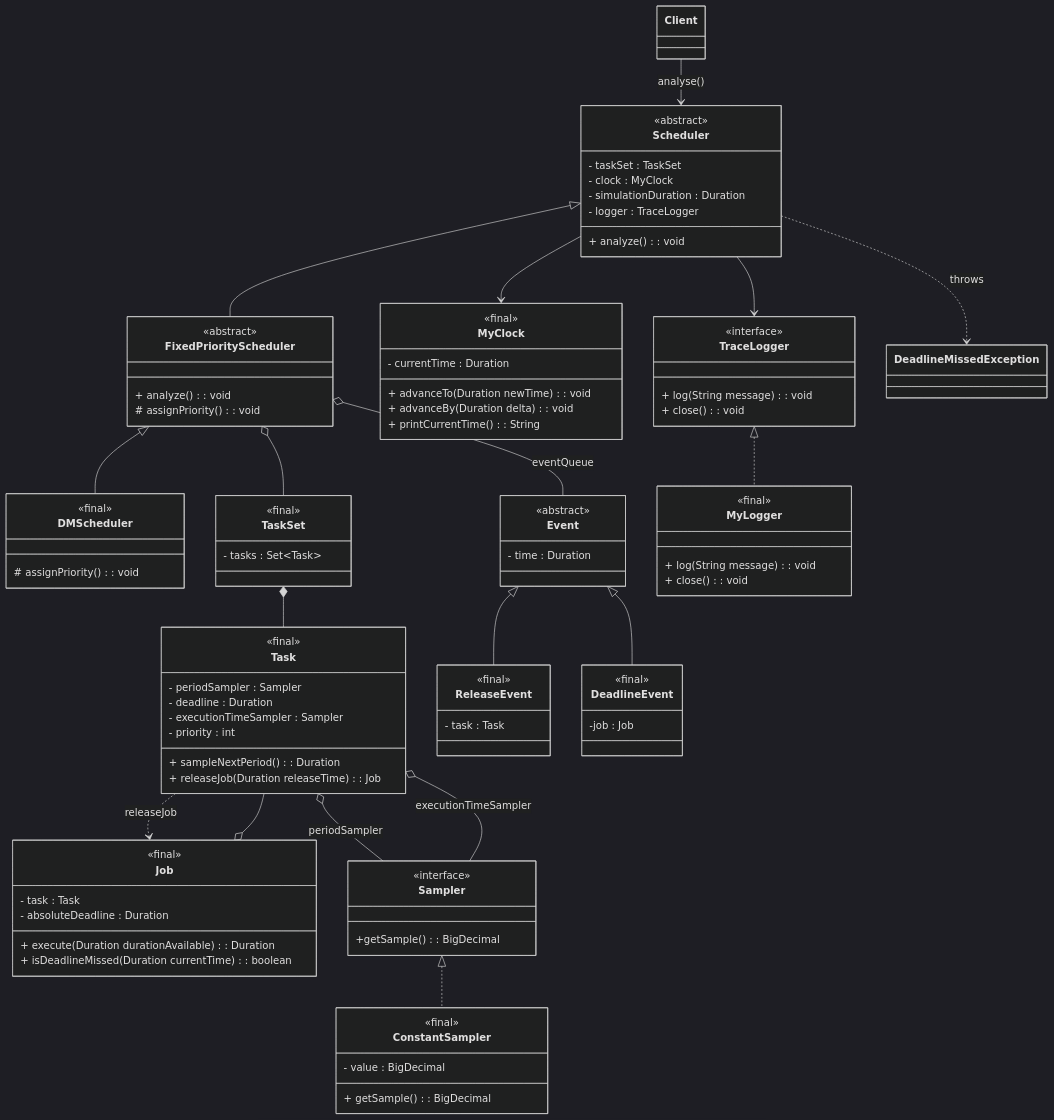
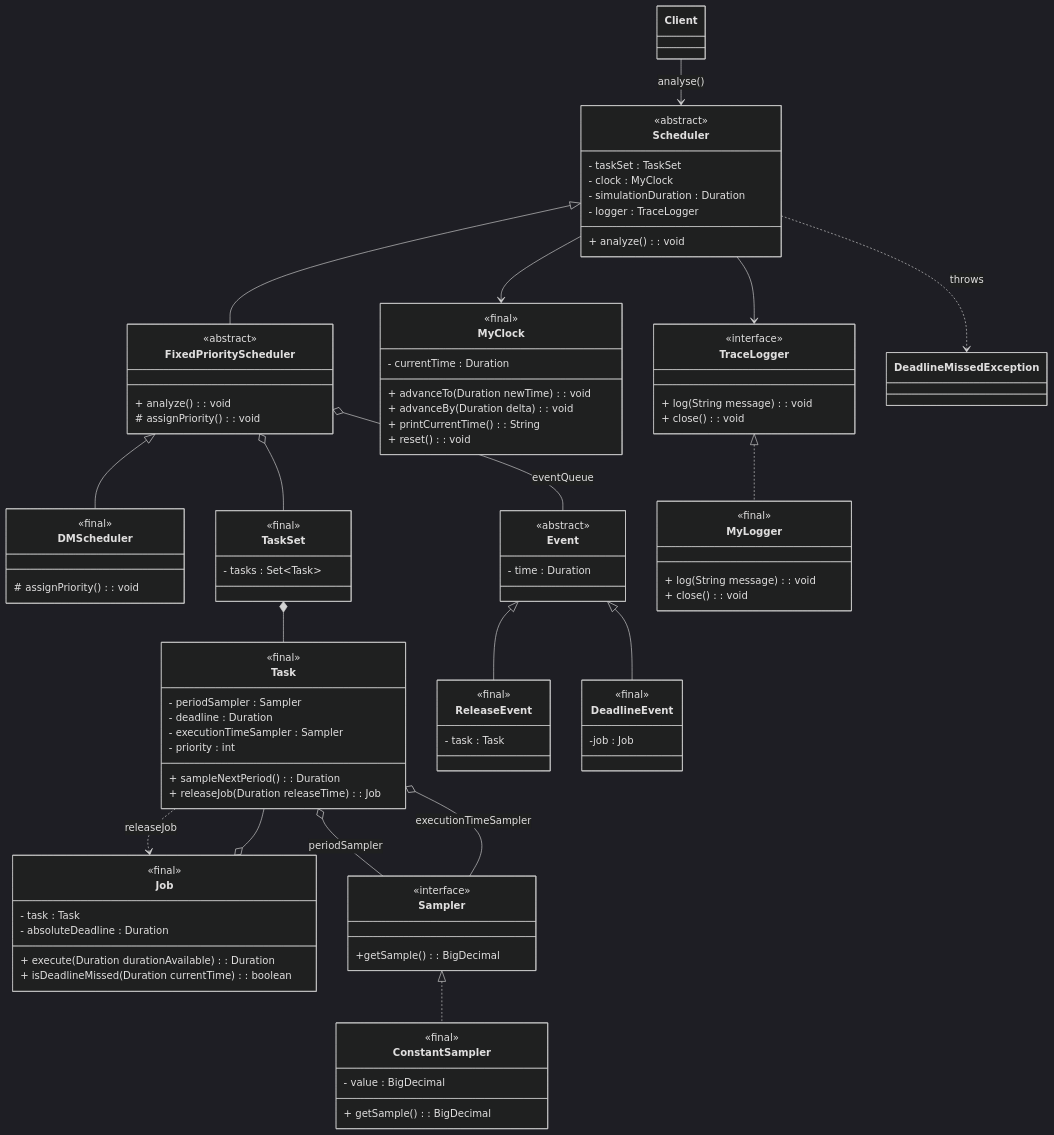
Before and after one commit to edoardosarri24/probabilistic-soft-real-time-analysis: the diagram in report/images/1-simulator/class_diagram.mmd, drawn with Mermaid (dark theme). The commit also changed 6 other files, not shown here.

```diff
--- a/report/images/1-simulator/class_diagram.mmd
+++ b/report/images/1-simulator/class_diagram.mmd
@@ -1,117 +1,118 @@
 classDiagram
 
     %% Scheduler
     class Scheduler {
         <<abstract>>
         - taskSet : TaskSet
         - clock : MyClock
         - simulationDuration : Duration
         - logger : TraceLogger
         + analyze() : void
     }
 
     class FixedPriorityScheduler {
         <<abstract>>
         + analyze() : void
         # assignPriority() : void
     }
 
     class DMScheduler {
         <<final>>
         # assignPriority() : void
     }
 
     %% TaskSet
     class TaskSet {
         <<final>>
         - tasks : Set~Task~
     }
 
     class Task {
         <<final>>
         - periodSampler : Sampler
         - deadline : Duration
         - executionTimeSampler : Sampler
         - priority : int
         + sampleNextPeriod() : Duration
         + releaseJob(Duration releaseTime) : Job
     }
 
     class Job {
         <<final>>
         - task : Task
         - absoluteDeadline : Duration
         + execute(Duration durationAvailable) : Duration
         + isDeadlineMissed(Duration currentTime) : boolean
     }
 
     %% Event
     class Event {
         <<abstract>>
         - time : Duration
     }
 
     class ReleaseEvent {
         <<final>>
         - task : Task
     }
 
     class DeadlineEvent {
         <<final>>
         -job : Job
     }
 
     %% Utils
     class MyClock {
         <<final>>
         - currentTime : Duration
         + advanceTo(Duration newTime) : void
         + advanceBy(Duration delta) : void
         + printCurrentTime() : String
+        + reset() : void
     }
 
     class TraceLogger {
         <<interface>>
         + log(String message) : void
         + close() : void
     }
 
     class MyLogger {
         <<final>>
         + log(String message) : void
         + close() : void
     }
 
     class Sampler {
         <<interface>>
         +getSample() : BigDecimal
     }
 
     class ConstantSampler {
         <<final>>
         - value : BigDecimal
         + getSample() : BigDecimal
     }
 
     %% Relationships
     Client --> Scheduler : analyse()
     %% Scheduler
     Scheduler <|-- FixedPriorityScheduler
     FixedPriorityScheduler <|-- DMScheduler
     Scheduler --> MyClock
     Scheduler --> TraceLogger
     FixedPriorityScheduler o-- TaskSet
     FixedPriorityScheduler o-- Event : eventQueue
     Scheduler ..> DeadlineMissedException : throws
     %% TaskSet
     TaskSet *-- Task
     Job o-- Task
     Task o-- Sampler : periodSampler
     Task o-- Sampler : executionTimeSampler
     Task ..> Job : releaseJob
     %% Event
     Event <|-- ReleaseEvent
     Event <|-- DeadlineEvent
     %% Utils
     TraceLogger <|.. MyLogger
     Sampler <|.. ConstantSampler
```
